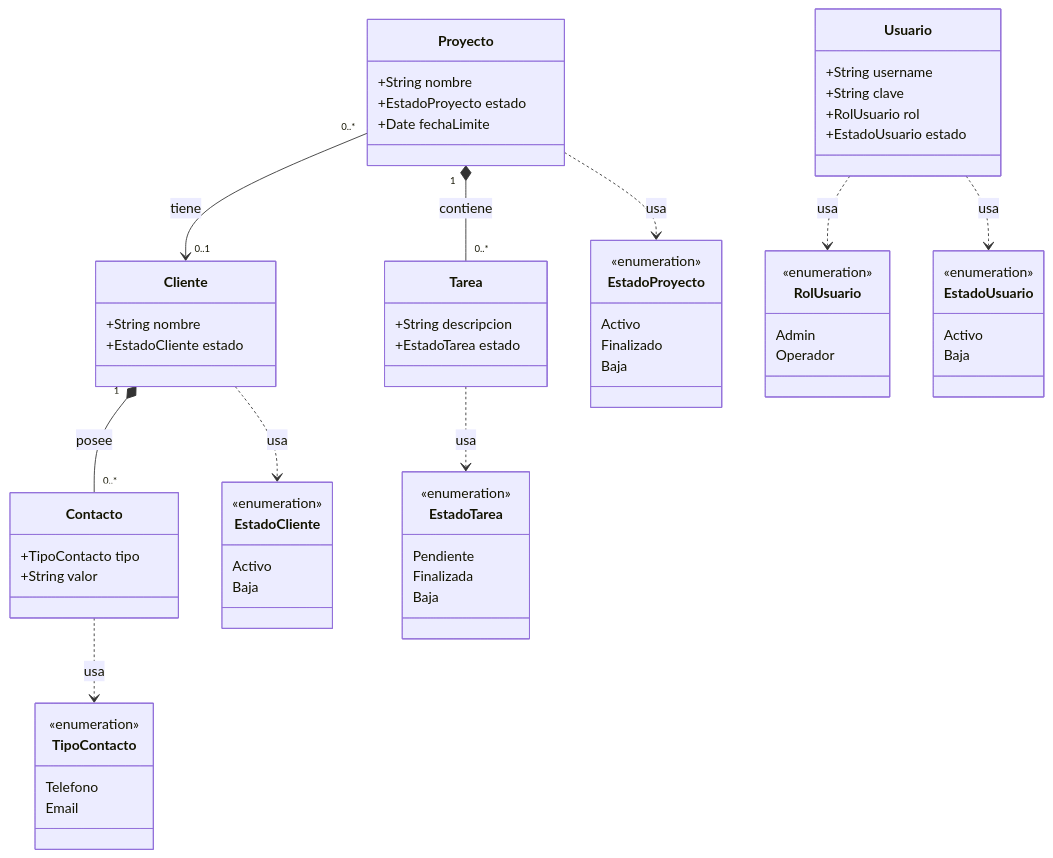
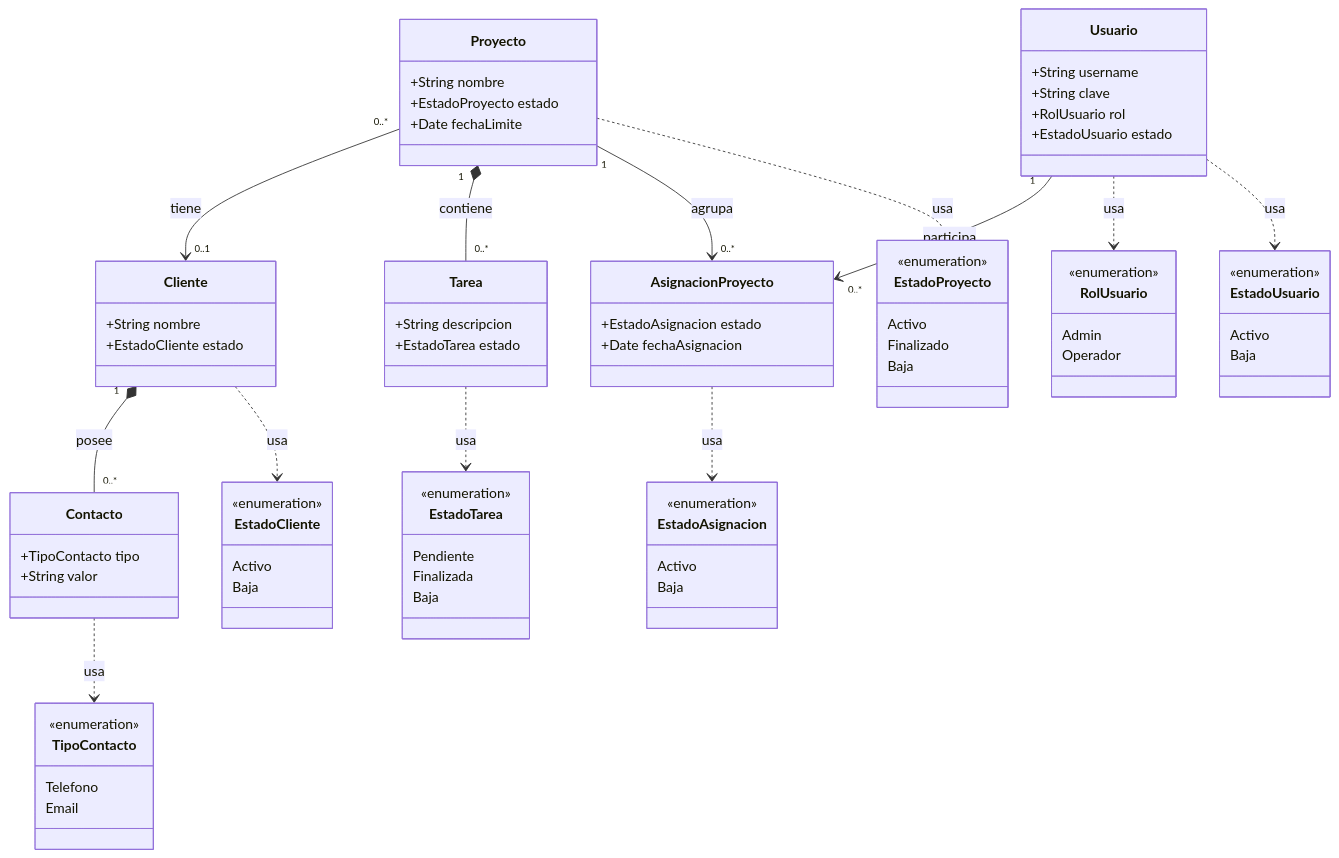
One commit to walterfrias/integrador_des_app_web changed the diagram in ingenieria/modeloConceptual/diagramaClases.md. Above: the diagram before and after it, drawn with Mermaid. The commit also changed other lines of this file and 13 other files, not shown here.

````diff
--- a/ingenieria/modeloConceptual/diagramaClases.md
+++ b/ingenieria/modeloConceptual/diagramaClases.md
@@ -17,67 +17,79 @@
 ```mermaid
 classDiagram
     class Usuario {
         +String username
         +String clave
         +RolUsuario rol
         +EstadoUsuario estado
     }
     class Proyecto {
         +String nombre
         +EstadoProyecto estado
         +Date fechaLimite
     }
     class Cliente {
         +String nombre
         +EstadoCliente estado
     }
     class Tarea {
         +String descripcion
         +EstadoTarea estado
     }
     class Contacto {
         +TipoContacto tipo
         +String valor
+    }
+    class AsignacionProyecto {
+        +EstadoAsignacion estado
+        +Date fechaAsignacion
     }
     class RolUsuario {
         <<enumeration>>
         Admin
         Operador
     }
     class EstadoUsuario {
         <<enumeration>>
         Activo
         Baja
     }
     class EstadoProyecto {
         <<enumeration>>
         Activo
         Finalizado
         Baja
     }
     class EstadoCliente {
         <<enumeration>>
         Activo
         Baja
     }
     class EstadoTarea {
         <<enumeration>>
         Pendiente
         Finalizada
         Baja
     }
     class TipoContacto {
         <<enumeration>>
         Telefono
         Email
     }
+    class EstadoAsignacion {
+        <<enumeration>>
+        Activo
+        Baja
+    }
     Proyecto "0..*" --> "0..1" Cliente : tiene
     Proyecto "1" *-- "0..*" Tarea : contiene
     Cliente "1" *-- "0..*" Contacto : posee
+    Usuario "1" --> "0..*" AsignacionProyecto : participa
+    Proyecto "1" --> "0..*" AsignacionProyecto : agrupa
     Usuario ..> RolUsuario : usa
     Usuario ..> EstadoUsuario : usa
     Proyecto ..> EstadoProyecto : usa
     Cliente ..> EstadoCliente : usa
     Tarea ..> EstadoTarea : usa
     Contacto ..> TipoContacto : usa
+    AsignacionProyecto ..> EstadoAsignacion : usa
 ```
````
